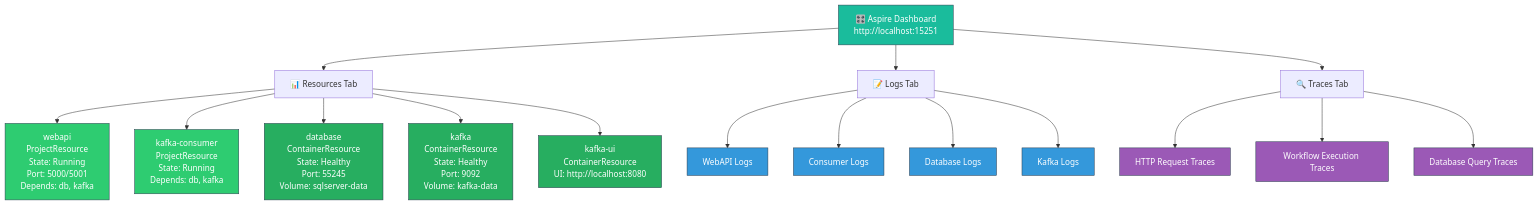
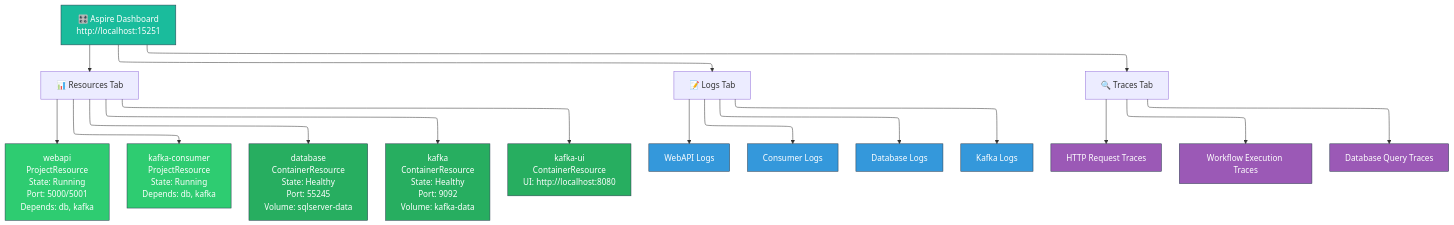
One commit to WholeBit-Solutions/distributed-workflow changed the ninth of 15 diagrams in ARCHITECTURE_DIAGRAMS.md. Above: the diagram before and after it, drawn with Mermaid. The commit also changed other lines of this file, not shown here.

````diff
--- a/ARCHITECTURE_DIAGRAMS.md
+++ b/ARCHITECTURE_DIAGRAMS.md
@@ -498,35 +499,35 @@
 ```mermaid
-graph TB
+flowchart-elk TB
     Dashboard["🎛️ Aspire Dashboard<br/>http://localhost:15251"]
     
     Dashboard --> Resources["📊 Resources Tab"]
     Dashboard --> Logs["📝 Logs Tab"]
     Dashboard --> Traces["🔍 Traces Tab"]
     
     Resources --> WebAPI["webapi<br/>ProjectResource<br/>State: Running<br/>Port: 5000/5001<br/>Depends: db, kafka"]
     Resources --> Consumer["kafka-consumer<br/>ProjectResource<br/>State: Running<br/>Depends: db, kafka"]
     Resources --> SqlServer["database<br/>ContainerResource<br/>State: Healthy<br/>Port: 55245<br/>Volume: sqlserver-data"]
     Resources --> Kafka["kafka<br/>ContainerResource<br/>State: Healthy<br/>Port: 9092<br/>Volume: kafka-data"]
     Resources --> KafkaUI["kafka-ui<br/>ContainerResource<br/>UI: http://localhost:8080"]
     
     Logs --> WebAPILogs["WebAPI Logs"]
     Logs --> ConsumerLogs["Consumer Logs"]
     Logs --> DbLogs["Database Logs"]
     Logs --> KafkaLogs["Kafka Logs"]
     
     Traces --> WebAPITraces["HTTP Request Traces"]
     Traces --> ConsumerTraces["Workflow Execution Traces"]
     Traces --> DbTraces["Database Query Traces"]
     
     classDef dashboard fill:#1abc9c,stroke:#2c3e50,color:#fff
     classDef running fill:#2ecc71,stroke:#2c3e50,color:#fff
     classDef healthy fill:#27ae60,stroke:#2c3e50,color:#fff
     classDef logs fill:#3498db,stroke:#2c3e50,color:#fff
     classDef traces fill:#9b59b6,stroke:#2c3e50,color:#fff
     
     class Dashboard dashboard
     class WebAPI,Consumer running
     class SqlServer,Kafka,KafkaUI healthy
     class WebAPILogs,ConsumerLogs,DbLogs,KafkaLogs logs
     class WebAPITraces,ConsumerTraces,DbTraces traces
 ```
````
